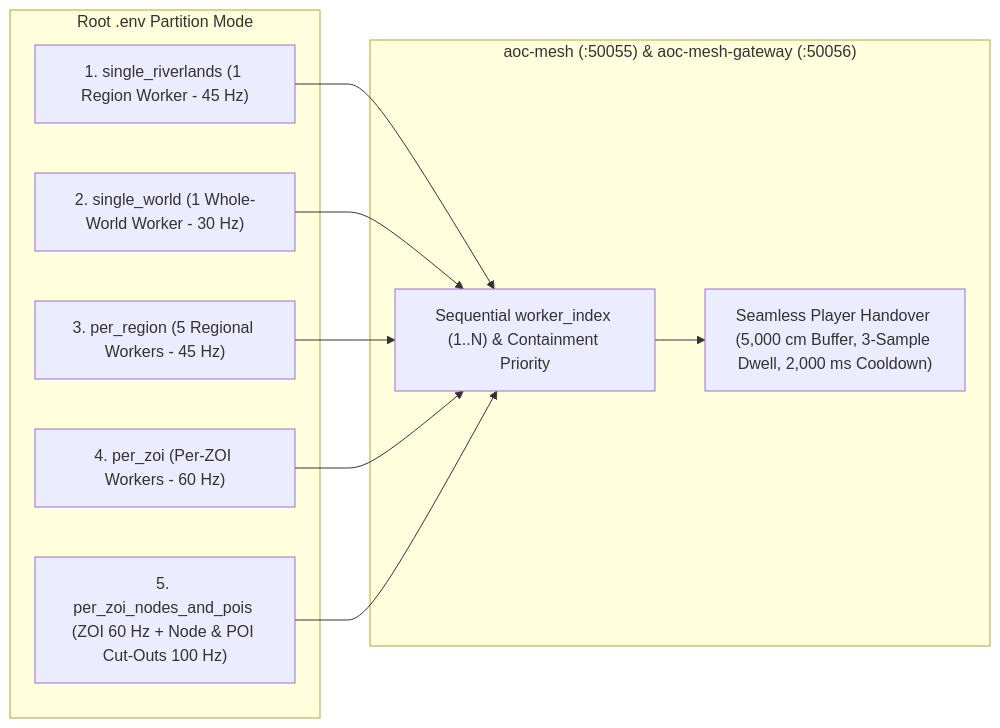
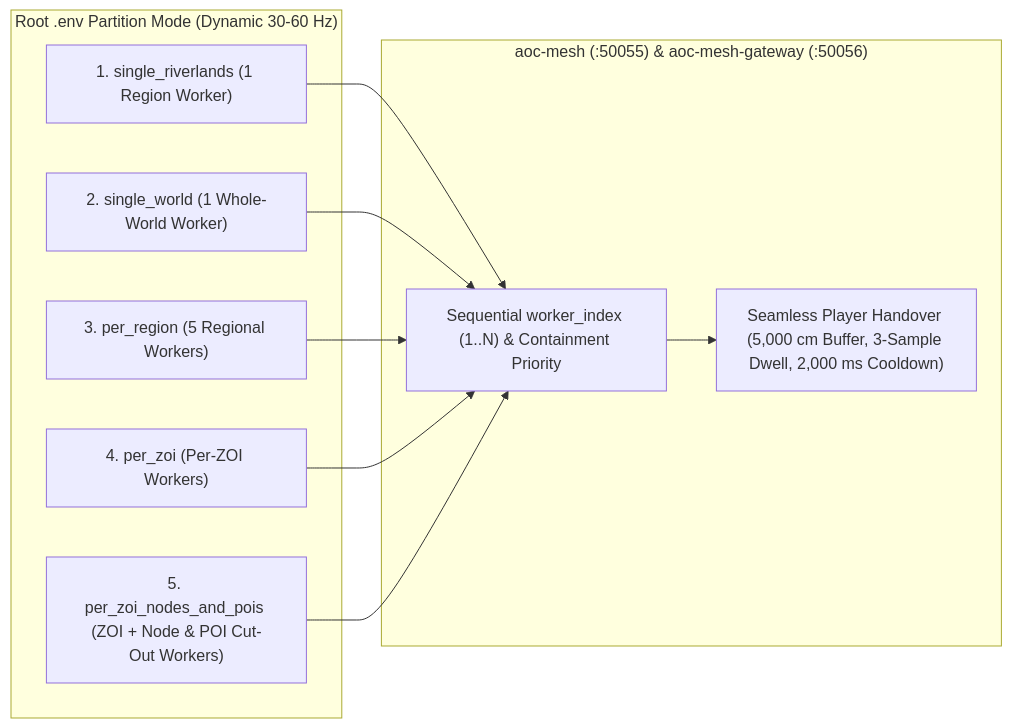
One commit to debuggin/SandalCore changed the diagram in docs/RUNBOOK.md. Above: the diagram before and after it, drawn with Mermaid. The commit also changed other lines of this file and 18 other files, not shown here.

````diff
--- a/docs/RUNBOOK.md
+++ b/docs/RUNBOOK.md
@@ -73,22 +73,22 @@
 ```mermaid
 flowchart LR
-    subgraph EnvConfig["Root .env Partition Mode"]
-        S1["1. single_riverlands (1 Region Worker - 45 Hz)"]
-        S2["2. single_world (1 Whole-World Worker - 30 Hz)"]
-        S3["3. per_region (5 Regional Workers - 45 Hz)"]
-        S4["4. per_zoi (Per-ZOI Workers - 60 Hz)"]
-        S5["5. per_zoi_nodes_and_pois (ZOI 60 Hz + Node & POI Cut-Outs 100 Hz)"]
+    subgraph EnvConfig["Root .env Partition Mode (Dynamic 30-60 Hz)"]
+        S1["1. single_riverlands (1 Region Worker)"]
+        S2["2. single_world (1 Whole-World Worker)"]
+        S3["3. per_region (5 Regional Workers)"]
+        S4["4. per_zoi (Per-ZOI Workers)"]
+        S5["5. per_zoi_nodes_and_pois (ZOI + Node & POI Cut-Out Workers)"]
     end
 
     subgraph MeshRegistry["aoc-mesh (:50055) & aoc-mesh-gateway (:50056)"]
         Reg["Sequential worker_index (1..N) & Containment Priority"]
         Handover["Seamless Player Handover (5,000 cm Buffer, 3-Sample Dwell, 2,000 ms Cooldown)"]
     end
 
     S1 --> Reg
     S2 --> Reg
     S3 --> Reg
     S4 --> Reg
     S5 --> Reg
     Reg --> Handover
 ```
````
